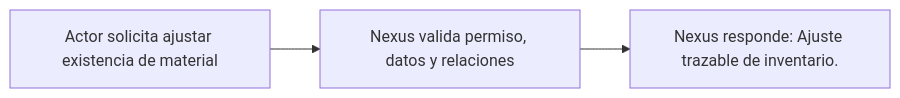
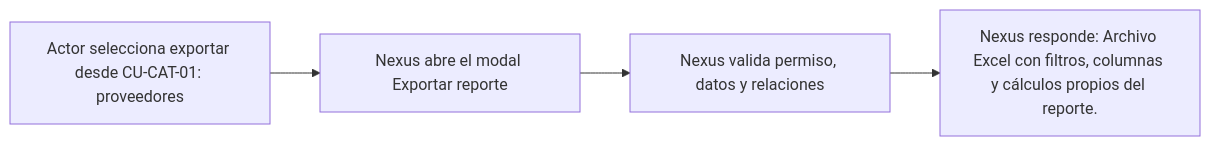
Before and after one commit to gpgsistemas01/nexus: the diagram in docs/requirements/diagrams/catalogs/cu-cat-05.md, drawn with Mermaid. The commit also changed other lines of this file and 287 other files, not shown here.

````diff
--- a/docs/requirements/diagrams/catalogs/cu-cat-05.md
+++ b/docs/requirements/diagrams/catalogs/cu-cat-05.md
@@ -3,5 +3,6 @@
 ```mermaid
 flowchart LR
-    request["Actor solicita ajustar existencia de material"] --> validate["Nexus valida permiso, datos y relaciones"]
-    validate --> result["Nexus responde: Ajuste trazable de inventario."]
+    request["Actor selecciona exportar desde CU-CAT-01: proveedores"] --> modal["Nexus abre el modal Exportar reporte"]
+    modal --> validate["Nexus valida permiso, datos y relaciones"]
+    validate --> result["Nexus responde: Archivo Excel con filtros, columnas y cálculos propios del reporte."]
 ```
````
